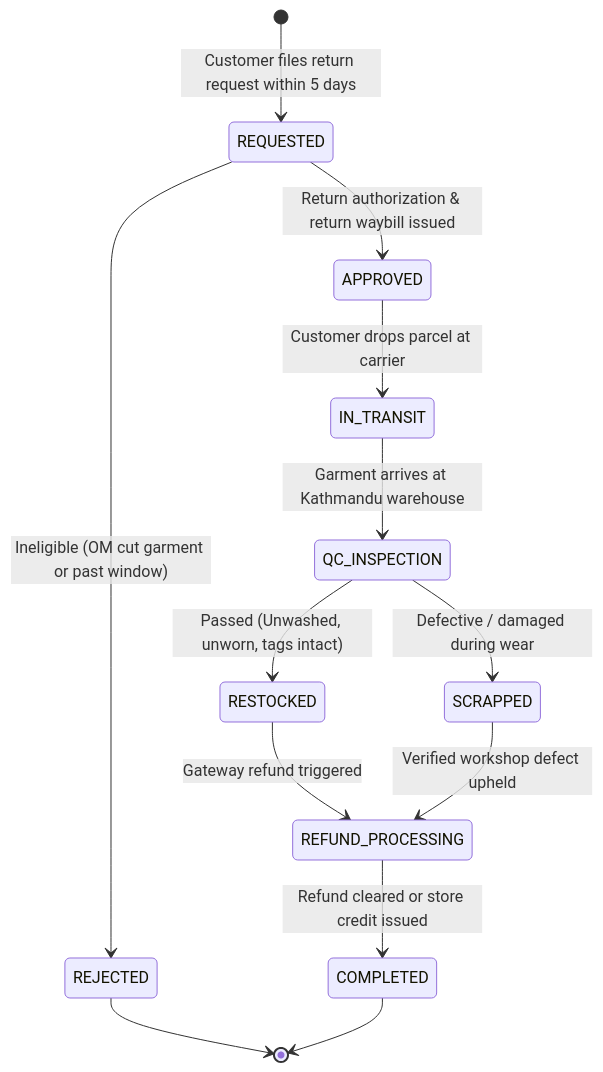
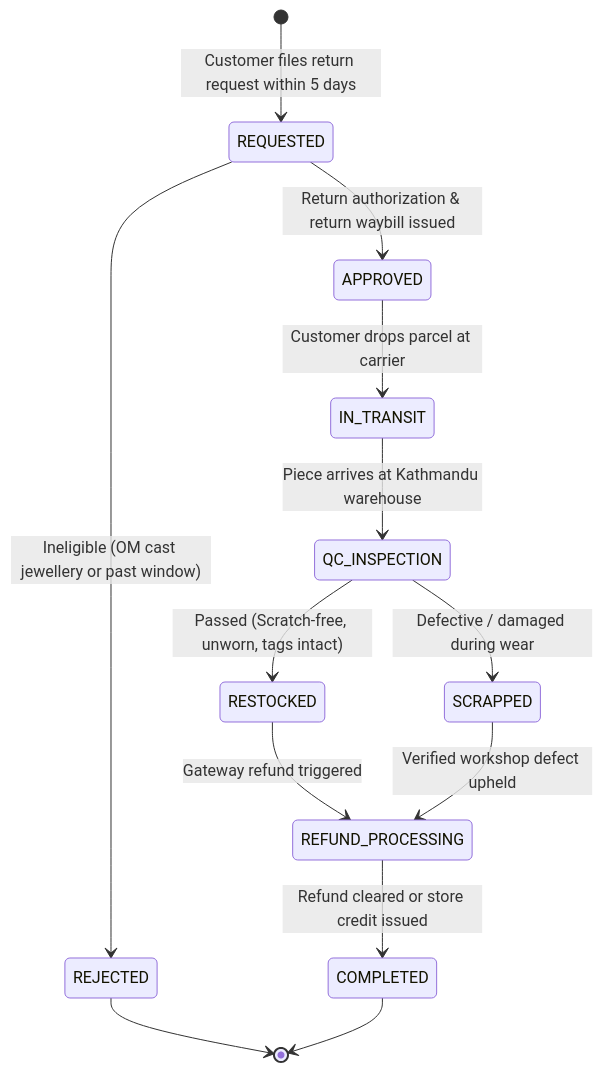
The ninth of 10 diagrams in docs/product/PRODUCT-CONTRACT.md (Sarthak2233/Jeanius), drawn with Mermaid before and after one commit. The commit also changed other lines of this file and 145 other files, not shown here.

````diff
--- a/docs/product/PRODUCT-CONTRACT.md
+++ b/docs/product/PRODUCT-CONTRACT.md
@@ -460,18 +438,18 @@
 ```mermaid
 stateDiagram-v2
     [*] --> REQUESTED: Customer files return request within 5 days
-    REQUESTED --> REJECTED: Ineligible (OM cut garment or past window)
+    REQUESTED --> REJECTED: Ineligible (OM cast jewellery or past window)
     REQUESTED --> APPROVED: Return authorization & return waybill issued
     APPROVED --> IN_TRANSIT: Customer drops parcel at carrier
-    IN_TRANSIT --> QC_INSPECTION: Garment arrives at Kathmandu warehouse
+    IN_TRANSIT --> QC_INSPECTION: Piece arrives at Kathmandu warehouse
     
-    QC_INSPECTION --> RESTOCKED: Passed (Unwashed, unworn, tags intact)
+    QC_INSPECTION --> RESTOCKED: Passed (Scratch-free, unworn, tags intact)
     QC_INSPECTION --> SCRAPPED: Defective / damaged during wear
     
     RESTOCKED --> REFUND_PROCESSING: Gateway refund triggered
     SCRAPPED --> REFUND_PROCESSING: Verified workshop defect upheld
     
     REFUND_PROCESSING --> COMPLETED: Refund cleared or store credit issued
     REJECTED --> [*]
     COMPLETED --> [*]
 ```
````
